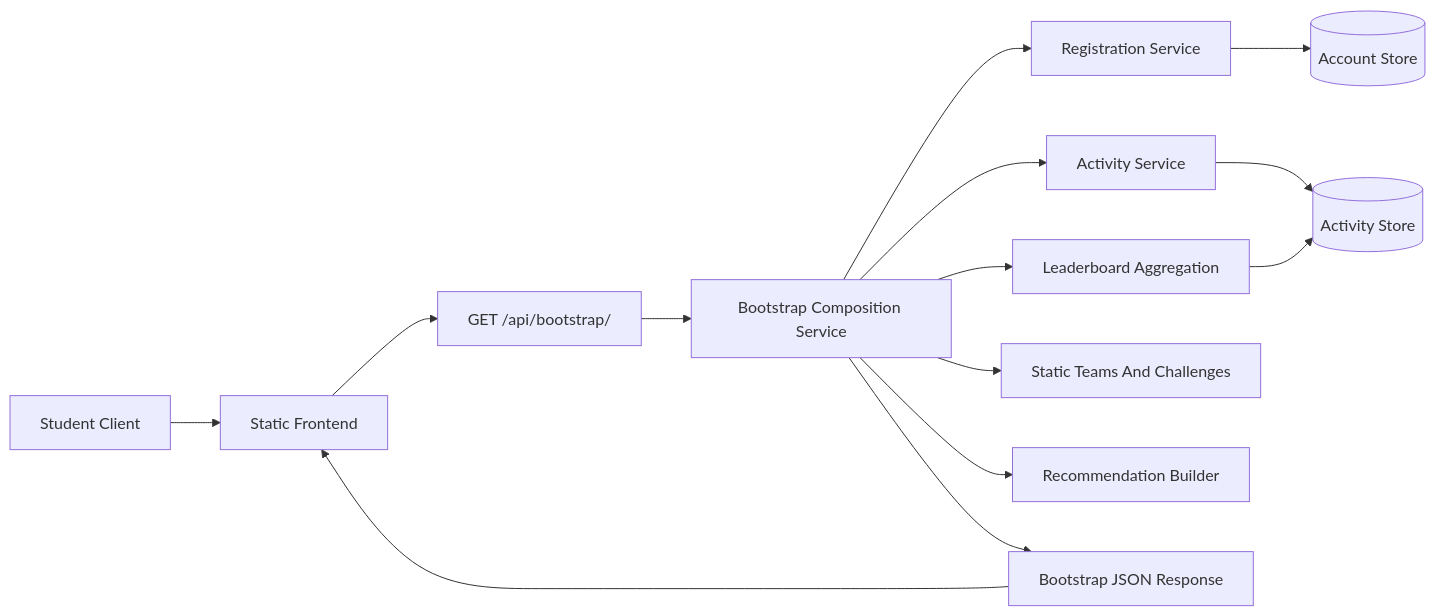
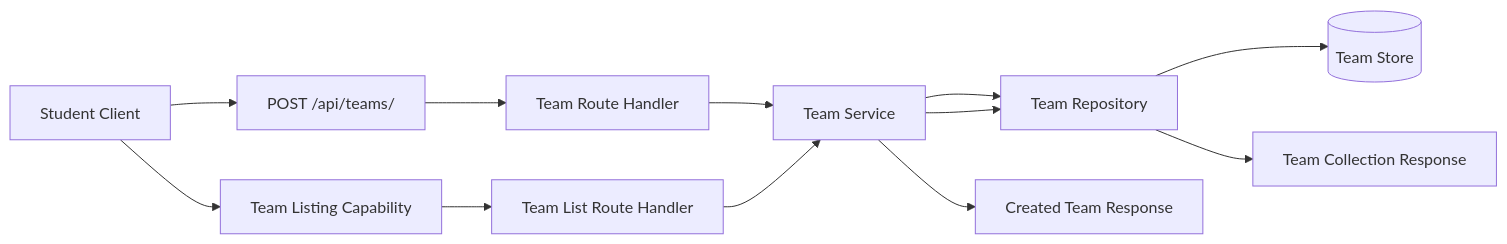
The diagram in artifacts/architecture.md (chavanlaxman/OCTOFIT), drawn with Mermaid before and after one commit. The commit also changed other lines of this file and 21 other files, not shown here.

````diff
--- a/artifacts/architecture.md
+++ b/artifacts/architecture.md
@@ -27,16 +26,14 @@
 ```mermaid
 flowchart LR
-    A[Student Client] --> B[Static Frontend]
-    B --> C[GET /api/bootstrap/]
-    C --> D[Bootstrap Composition Service]
-    D --> E[Registration Service]
-    D --> F[Activity Service]
-    D --> G[Leaderboard Aggregation]
-    D --> H[Static Teams And Challenges]
-    D --> I[Recommendation Builder]
-    E --> J[(Account Store)]
-    F --> K[(Activity Store)]
-    G --> K
-    D --> L[Bootstrap JSON Response]
-    L --> B
+    A[Student Client] --> B[POST /api/teams/]
+    B --> C[Team Route Handler]
+    C --> D[Team Service]
+    D --> E[Team Repository]
+    E --> F[(Team Store)]
+    D --> G[Created Team Response]
+    A --> H[Team Listing Capability]
+    H --> I[Team List Route Handler]
+    I --> D
+    D --> E
+    E --> J[Team Collection Response]
 ```
````
